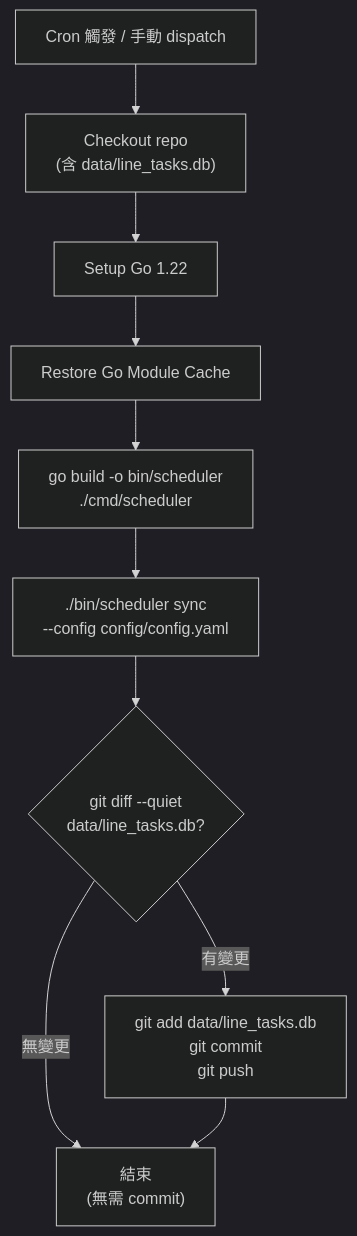
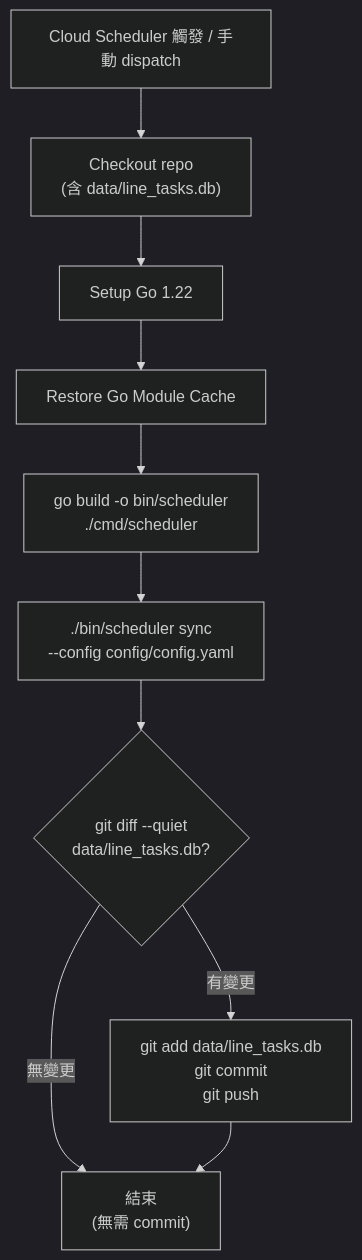
Before and after one commit to dccoding1118/more-line-points: the third of 4 diagrams in docs/design/design-cicd.md, drawn with Mermaid. The commit also changed other lines of this file and 1 other file, not shown here.

Commit message:
docs: update CI/CD design and requirements using Cloud Scheduler for sync and notify.

````diff
--- a/docs/design/design-cicd.md
+++ b/docs/design/design-cicd.md
@@ -278,13 +286,13 @@
 ```mermaid
 %%{init: {'theme':'dark'}}%%
 flowchart TD
-    TRIGGER["Cron 觸發 / 手動 dispatch"] --> CHECKOUT["Checkout repo<br/>(含 data/line_tasks.db)"]
+    TRIGGER["Cloud Scheduler 觸發 / 手動 dispatch"] --> CHECKOUT["Checkout repo<br/>(含 data/line_tasks.db)"]
     CHECKOUT --> SETUP_GO["Setup Go 1.22"]
     SETUP_GO --> CACHE["Restore Go Module Cache"]
     CACHE --> BUILD["go build -o bin/scheduler<br/>./cmd/scheduler"]
     BUILD --> SYNC["./bin/scheduler sync<br/>--config config/config.yaml"]
     SYNC --> CHECK_DIFF{"git diff --quiet<br/>data/line_tasks.db?"}
     CHECK_DIFF -->|"有變更"| COMMIT["git add data/line_tasks.db<br/>git commit<br/>git push"]
     CHECK_DIFF -->|"無變更"| DONE["結束<br/>(無需 commit)"]
     COMMIT --> DONE
 ```
````
